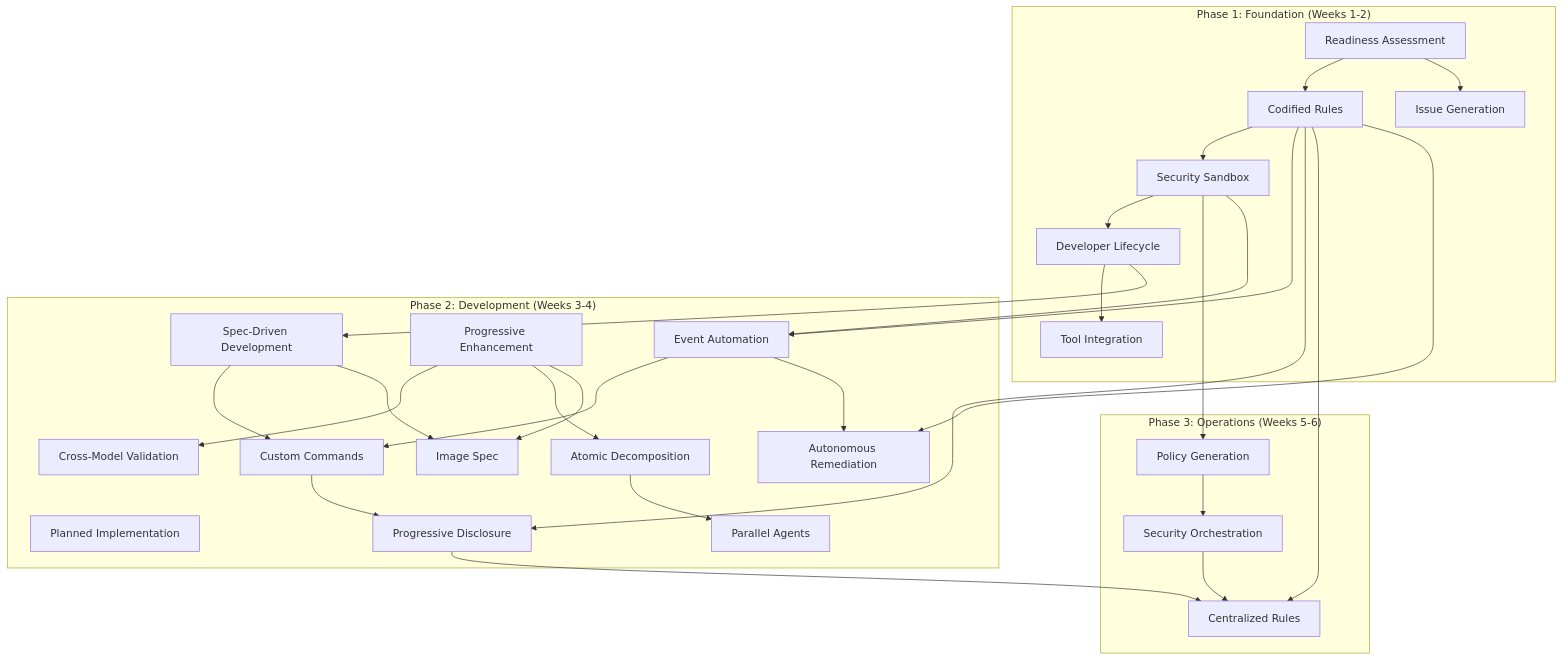
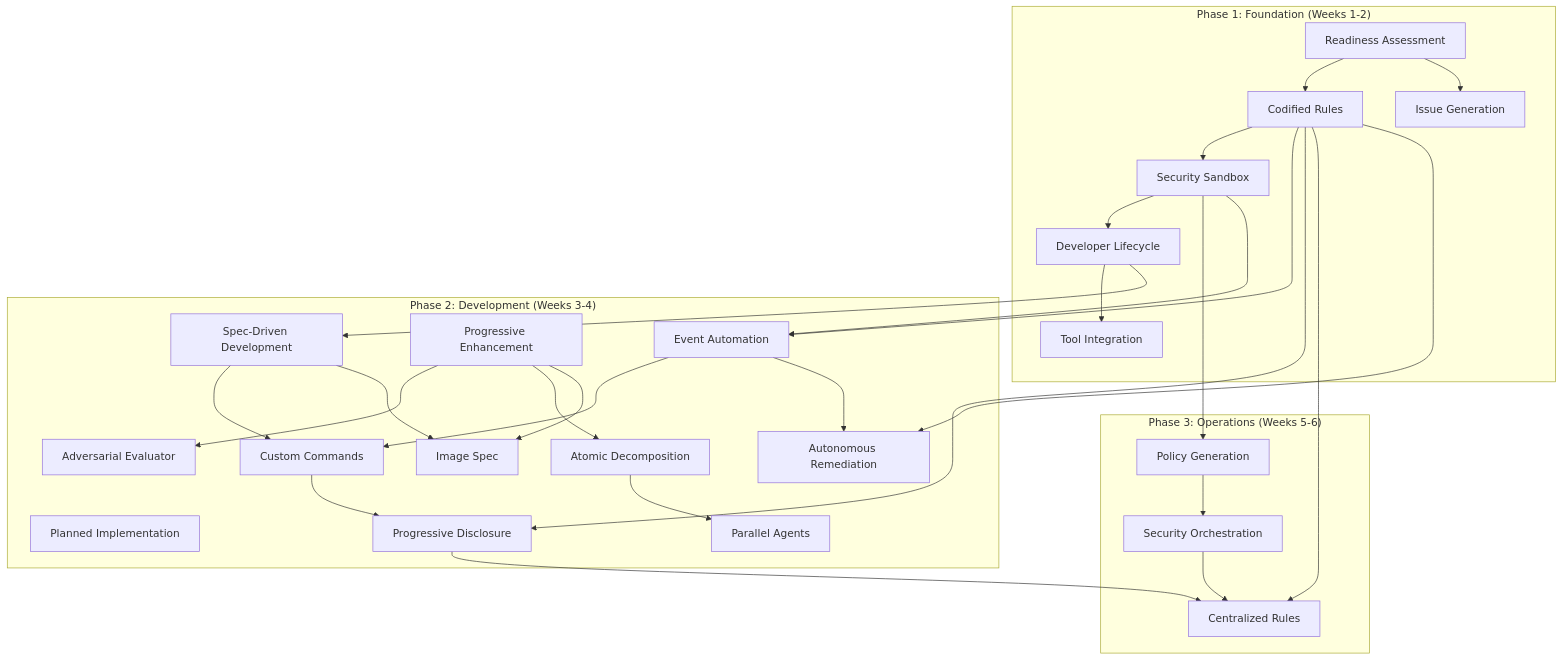
Before and after one commit to PaulDuvall/ai-development-patterns: the second of 17 diagrams in README.md, drawn with Mermaid. The commit also changed other lines of this file and 5 other files, not shown here.

First line of the commit message:
refactor(patterns): reframe Cross-Model Validation as Adversarial Evaluator

````diff
--- a/README.md
+++ b/README.md
@@ -109,43 +109,43 @@
 ```mermaid
 graph TD
     subgraph "Phase 1: Foundation (Weeks 1-2)"
         A[Readiness Assessment] --> B[Codified Rules]
         B --> C[Security Sandbox]
         C --> D[Developer Lifecycle]
         A --> E[Issue Generation]
         D --> F[Tool Integration]
     end
 
     subgraph "Phase 2: Development (Weeks 3-4)"
         D --> G[Spec-Driven Development]
         H[Planned Implementation]
         I[Progressive Enhancement]
-        I --> J[Cross-Model Validation]
+        I --> J[Adversarial Evaluator]
         Q[Event Automation]
         R[Custom Commands]
         S[Progressive Disclosure]
         U[Image Spec]
         V[Autonomous Remediation]
         I --> K[Atomic Decomposition]
         K --> L[Parallel Agents]
     end
 
     subgraph "Phase 3: Operations (Weeks 5-6)"
         C --> M[Policy Generation]
         M --> N[Security Orchestration]
         N --> T[Centralized Rules]
     end
 
     B --> Q
     C --> Q
     Q --> R
     G --> R
     B --> S
     R --> S
     B --> T
     S --> T
     G --> U
     I --> U
     Q --> V
     B --> V
 ```
````
